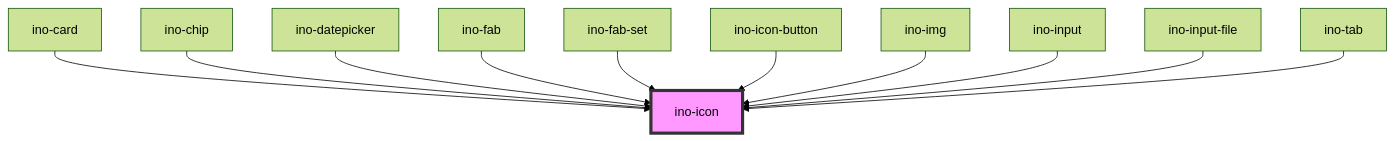
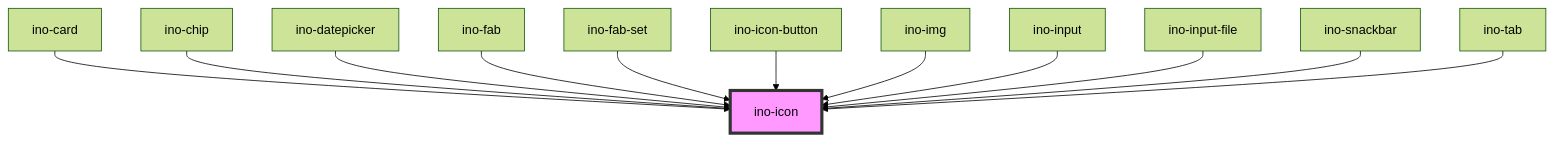
One commit to inovex/elements changed the diagram in packages/elements/src/components/ino-icon/readme.md. Above: the diagram before and after it, drawn with Mermaid (forest theme). The commit also changed other lines of this file and 8 other files, not shown here.

Commit message:
style(elements|ino-snackbar): update styling

````diff
--- a/packages/elements/src/components/ino-icon/readme.md
+++ b/packages/elements/src/components/ino-icon/readme.md
@@ -138,14 +139,15 @@
 ```mermaid
 graph TD;
   ino-card --> ino-icon
   ino-chip --> ino-icon
   ino-datepicker --> ino-icon
   ino-fab --> ino-icon
   ino-fab-set --> ino-icon
   ino-icon-button --> ino-icon
   ino-img --> ino-icon
   ino-input --> ino-icon
   ino-input-file --> ino-icon
+  ino-snackbar --> ino-icon
   ino-tab --> ino-icon
   style ino-icon fill:#f9f,stroke:#333,stroke-width:4px
 ```
````
